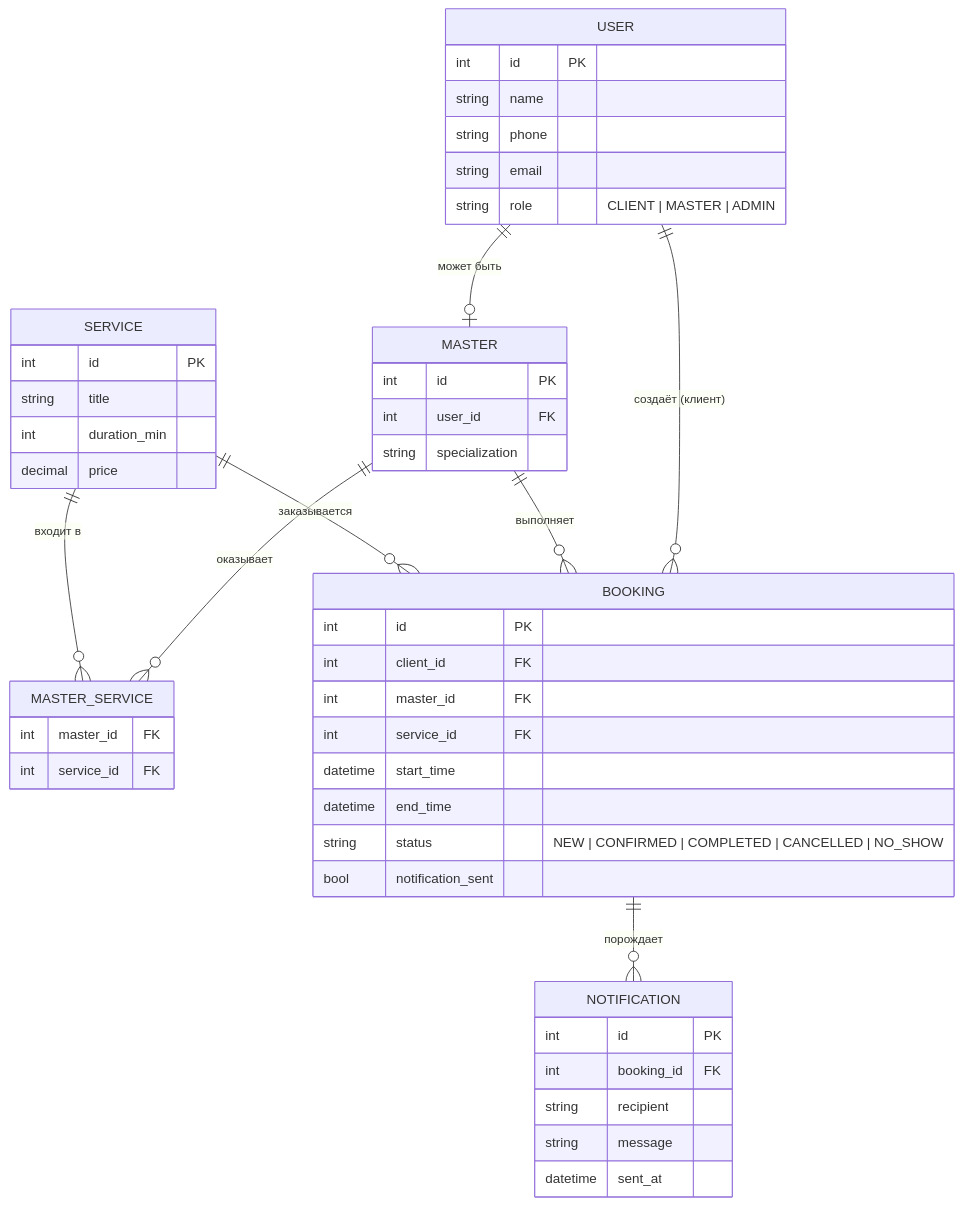
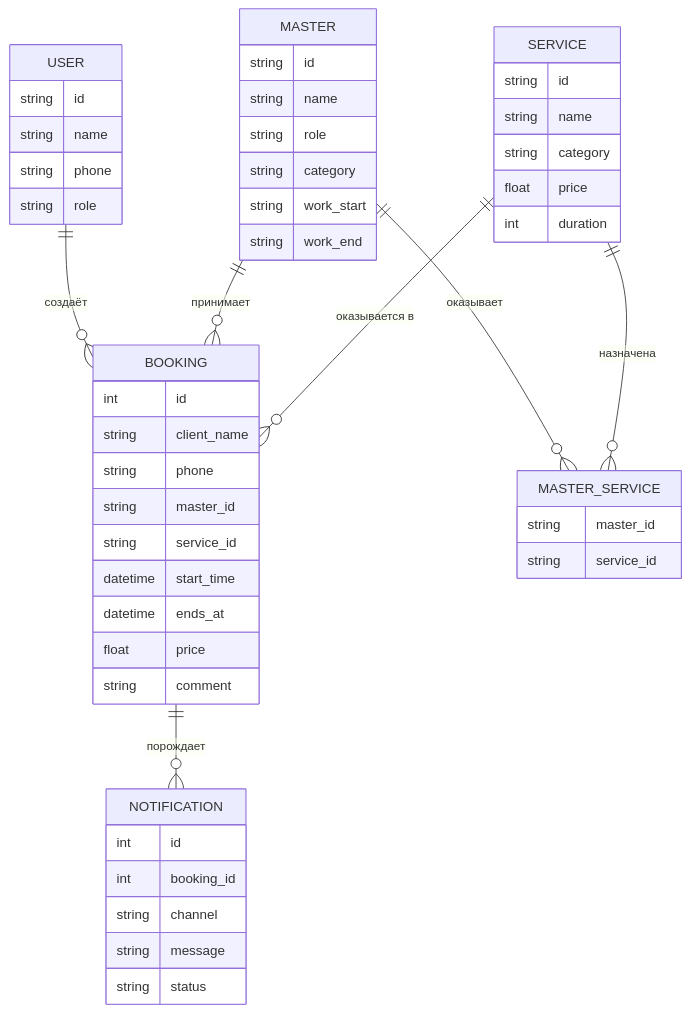
The second of 4 diagrams in README.md (kirejangelina/beauty-salon-booking), drawn with Mermaid before and after one commit. The commit also changed other lines of this file, not shown here.

````diff
--- a/README.md
+++ b/README.md
@@ -39,50 +186,53 @@
 ```mermaid
 erDiagram
+    USER ||--o{ BOOKING : "создаёт"
+    MASTER ||--o{ BOOKING : "принимает"
+    SERVICE ||--o{ BOOKING : "оказывается в"
+    MASTER ||--o{ MASTER_SERVICE : "оказывает"
+    SERVICE ||--o{ MASTER_SERVICE : "назначена"
+    BOOKING ||--o{ NOTIFICATION : "порождает"
+
     USER {
-        int id PK
+        string id
         string name
         string phone
-        string email
-        string role "CLIENT | MASTER | ADMIN"
+        string role
     }
     MASTER {
-        int id PK
-        int user_id FK
-        string specialization
+        string id
+        string name
+        string role
+        string category
+        string work_start
+        string work_end
     }
     SERVICE {
-        int id PK
-        string title
-        int duration_min
-        decimal price
+        string id
+        string name
+        string category
+        float price
+        int duration
     }
     MASTER_SERVICE {
-        int master_id FK
-        int service_id FK
+        string master_id
+        string service_id
     }
     BOOKING {
-        int id PK
-        int client_id FK
-        int master_id FK
-        int service_id FK
+        int id
+        string client_name
+        string phone
+        string master_id
+        string service_id
         datetime start_time
-        datetime end_time
-        string status "NEW | CONFIRMED | COMPLETED | CANCELLED | NO_SHOW"
-        bool notification_sent
+        datetime ends_at
+        float price
+        string comment
     }
     NOTIFICATION {
-        int id PK
-        int booking_id FK
-        string recipient
+        int id
+        int booking_id
+        string channel
         string message
-        datetime sent_at
+        string status
     }
-
-    USER ||--o| MASTER : "может быть"
-    USER ||--o{ BOOKING : "создаёт (клиент)"
-    MASTER ||--o{ BOOKING : "выполняет"
-    SERVICE ||--o{ BOOKING : "заказывается"
-    MASTER ||--o{ MASTER_SERVICE : "оказывает"
-    SERVICE ||--o{ MASTER_SERVICE : "входит в"
-    BOOKING ||--o{ NOTIFICATION : "порождает"
 ```
````
